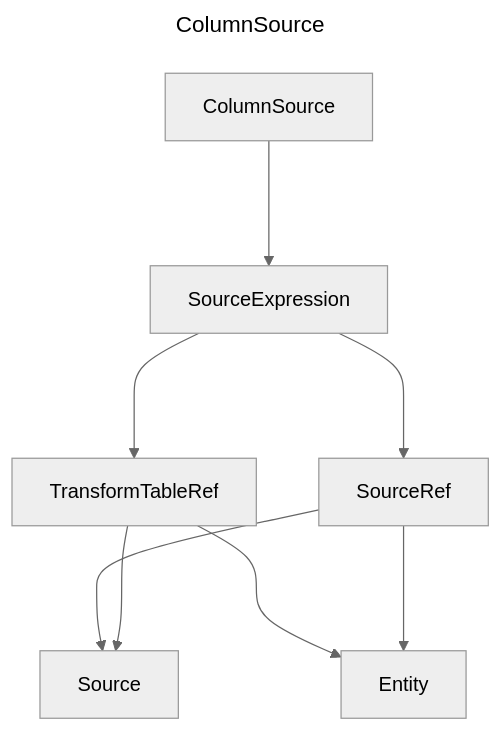
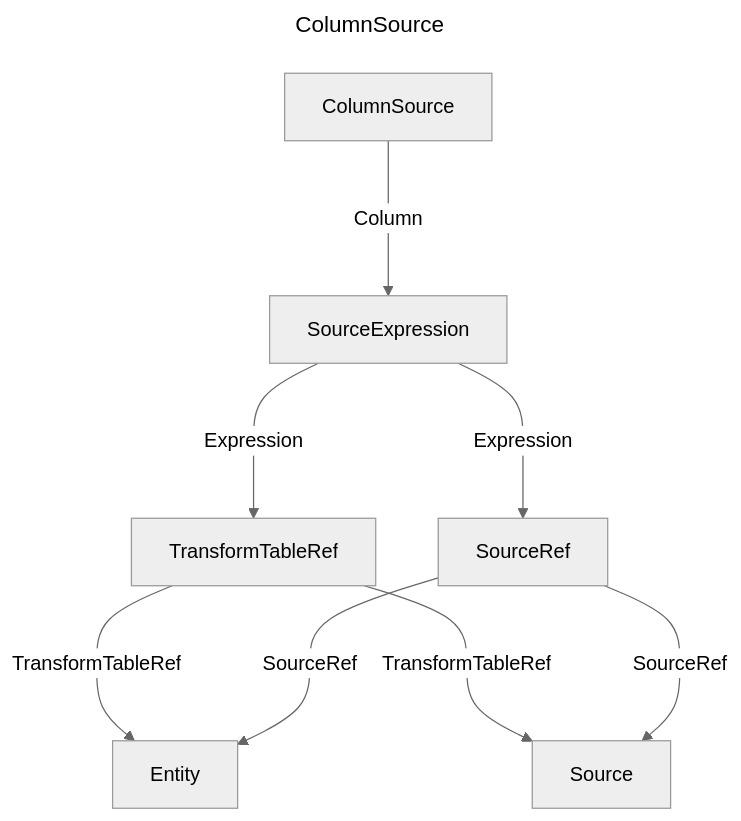
One commit to douglassimonsen/pbi_core changed the diagram in docs/docs/layout/erd/ColumnSource.md. Above: the diagram before and after it, drawn with Mermaid (neutral theme). The commit also changed 77 other files, not shown here.

Commit message:
Updated to color code the layout ERD

````diff
--- a/docs/docs/layout/erd/ColumnSource.md
+++ b/docs/docs/layout/erd/ColumnSource.md
@@ -1,19 +1,19 @@
 ```mermaid
 ---
 title: ColumnSource
 ---
 graph 
-2721641999392["TransformTableRef"]
-2721642000368["SourceRef"]
-2721642014032["ColumnSource"]
-2721641985728["Entity"]
-2721641984752["SourceExpression"]
-2721641982800["Source"]
-2721641984752 ---> 2721642000368
-2721641984752 ---> 2721641999392
-2721641999392 ---> 2721641985728
-2721642000368 ---> 2721641982800
-2721641999392 ---> 2721641982800
-2721642000368 ---> 2721641985728
-2721642014032 ---> 2721641984752
+2430071365824["ColumnSource"]
+2430071339472["SourceExpression"]
+2430071355088["SourceRef"]
+2430071344352["Source"]
+2430071338496["TransformTableRef"]
+2430071353136["Entity"]
+2430071365824 --->|Column| 2430071339472
+2430071339472 --->|Expression| 2430071338496
+2430071338496 --->|TransformTableRef| 2430071353136
+2430071339472 --->|Expression| 2430071355088
+2430071338496 --->|TransformTableRef| 2430071344352
+2430071355088 --->|SourceRef| 2430071344352
+2430071355088 --->|SourceRef| 2430071353136
 ```
````
